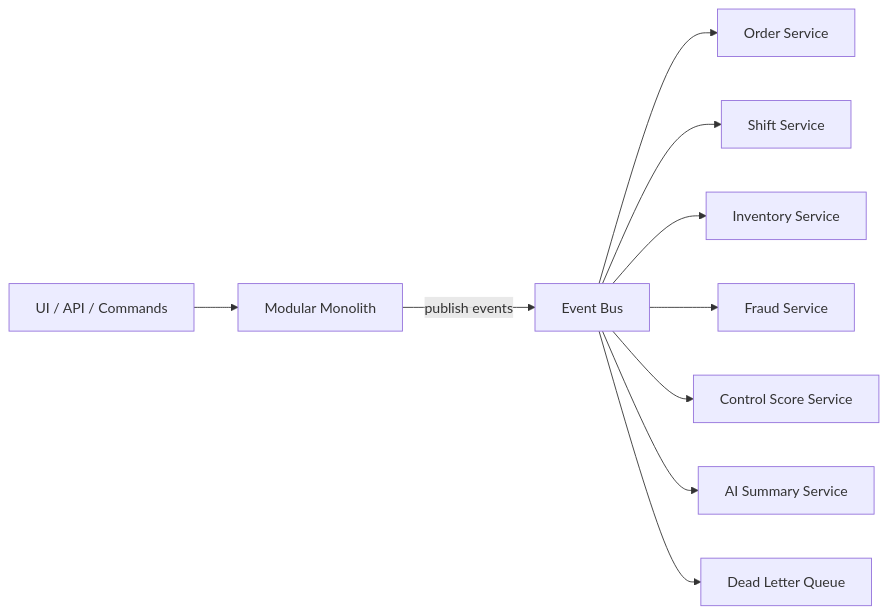
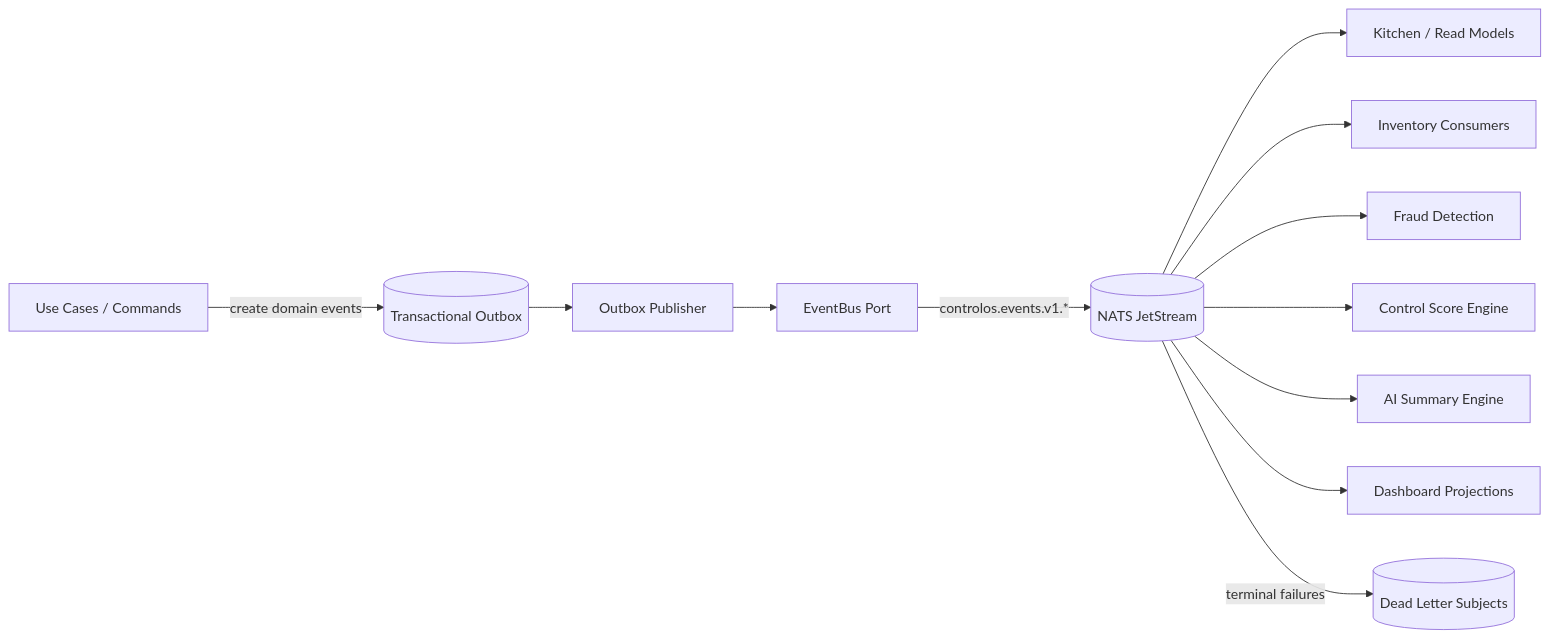
One commit to AASH2909/ff changed the diagram in docs/event-foundation.md. Above: the diagram before and after it, drawn with Mermaid. The commit also changed other lines of this file and 40 other files, not shown here.

````diff
--- a/docs/event-foundation.md
+++ b/docs/event-foundation.md
@@ -202,23 +13,28 @@
 ```mermaid
 flowchart LR
-  UI[UI / API / Commands]
-  App[Modular Monolith]
-  Bus[Event Bus]
-  OrderSvc[Order Service]
-  ShiftSvc[Shift Service]
-  InventorySvc[Inventory Service]
-  FraudSvc[Fraud Service]
-  ScoreSvc[Control Score Service]
-  AISvc[AI Summary Service]
-  DLQ[Dead Letter Queue]
+  Commands[Use Cases / Commands]
+  Outbox[(Transactional Outbox)]
+  Publisher[Outbox Publisher]
+  Bus[EventBus Port]
+  NATS[(NATS JetStream)]
+  DLQ[(Dead Letter Subjects)]
 
-  UI --> App
-  App -->|publish events| Bus
-  Bus --> OrderSvc
-  Bus --> ShiftSvc
-  Bus --> InventorySvc
-  Bus --> FraudSvc
-  Bus --> ScoreSvc
-  Bus --> AISvc
-  Bus --> DLQ
+  Kitchen[Kitchen / Read Models]
+  Inventory[Inventory Consumers]
+  Fraud[Fraud Detection]
+  Score[Control Score Engine]
+  AI[AI Summary Engine]
+  Dashboard[Dashboard Projections]
+
+  Commands -->|create domain events| Outbox
+  Outbox --> Publisher
+  Publisher --> Bus
+  Bus -->|controlos.events.v1.*| NATS
+  NATS --> Kitchen
+  NATS --> Inventory
+  NATS --> Fraud
+  NATS --> Score
+  NATS --> AI
+  NATS --> Dashboard
+  NATS -->|terminal failures| DLQ
 ```
````
